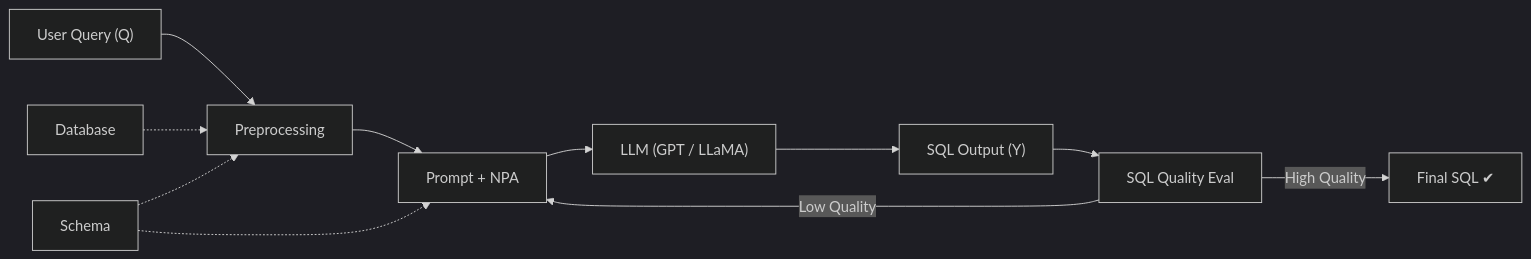
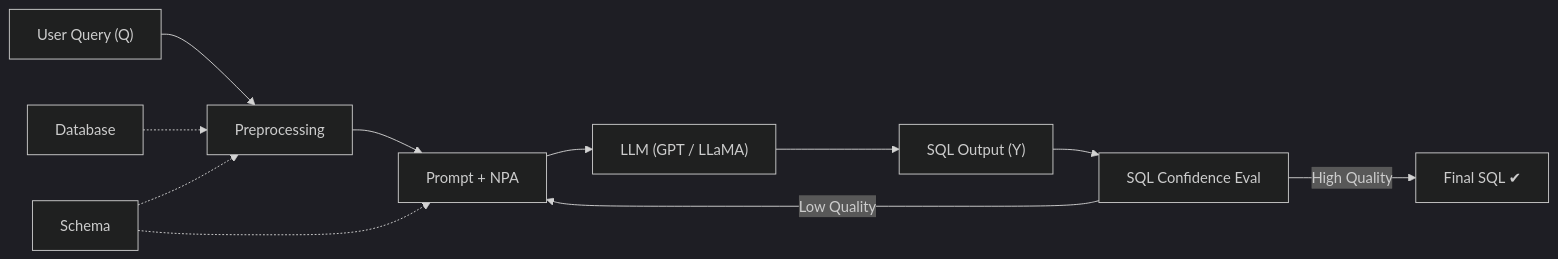
The diagram in Readme.md (shovon095/nl2sql-attention-validator), drawn with Mermaid (dark theme) before and after one commit.

````diff
--- a/Readme.md
+++ b/Readme.md
@@ -22,16 +22,16 @@
 ```mermaid
 flowchart LR
   Q["User Query (Q)"] --> PRE["Preprocessing"]
   PRE --> PR["Prompt + NPA"]
   PR --> LLM["LLM (GPT / LLaMA)"]
   LLM --> SQL["SQL Output (Y)"]
-  SQL --> EV["SQL Quality Eval"]
+  SQL --> EV["SQL Confidence Eval"]
   EV -->|Low Quality| PR
   EV -->|High Quality| FINAL["Final SQL ✔"]
 
   DB[Database] -.-> PRE
   SCHEMA[Schema] -.-> PRE
   SCHEMA -.-> PR
 
 
 ```
````
